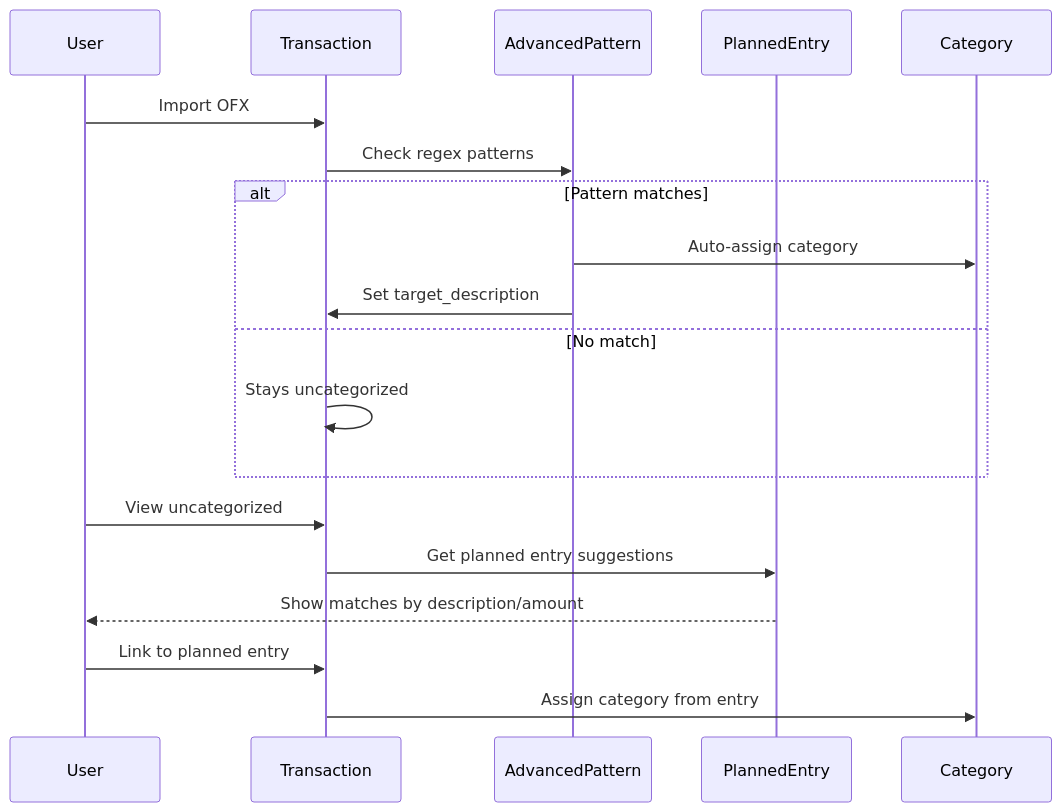
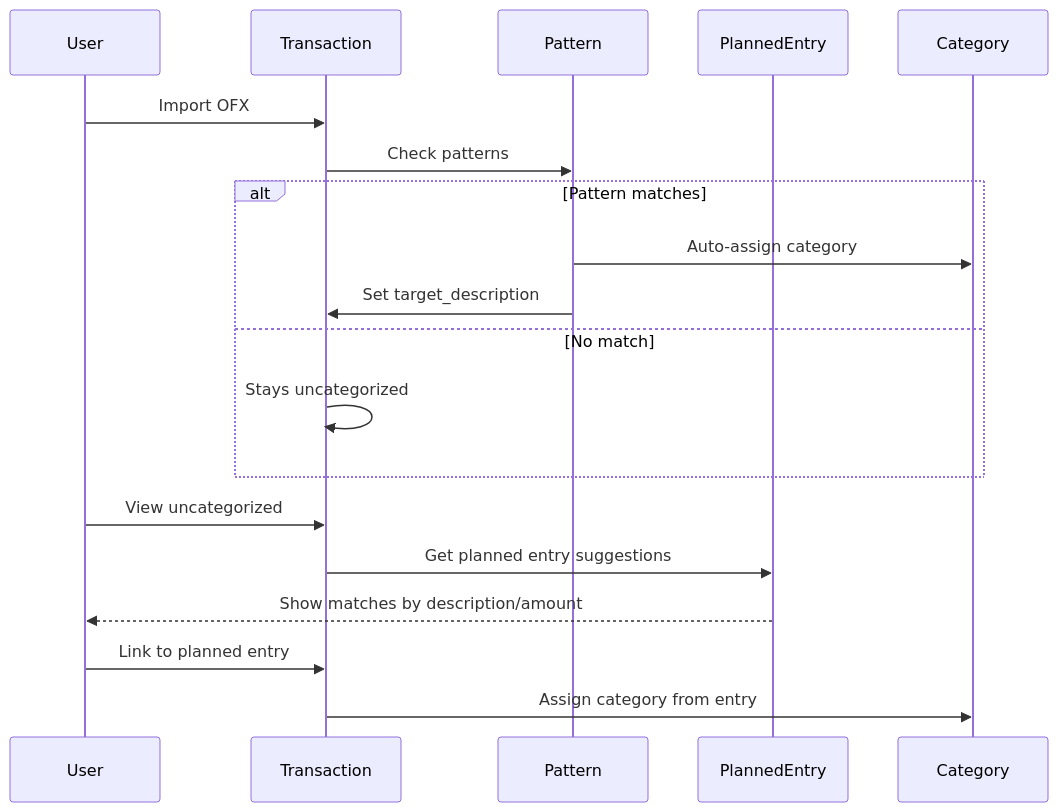
The second of 3 diagrams in docs/domains.md (lucastamoios/celeiro), drawn with Mermaid before and after one commit. The commit also changed other lines of this file and 7 other files, not shown here.

````diff
--- a/docs/domains.md
+++ b/docs/domains.md
@@ -192,23 +192,23 @@
 ```mermaid
 sequenceDiagram
     participant U as User
     participant TX as Transaction
-    participant AP as AdvancedPattern
+    participant AP as Pattern
     participant PE as PlannedEntry
     participant CAT as Category
 
     U->>TX: Import OFX
-    TX->>AP: Check regex patterns
+    TX->>AP: Check patterns
     alt Pattern matches
         AP->>CAT: Auto-assign category
         AP->>TX: Set target_description
     else No match
         TX->>TX: Stays uncategorized
     end
 
     U->>TX: View uncategorized
     TX->>PE: Get planned entry suggestions
     PE-->>U: Show matches by description/amount
     U->>TX: Link to planned entry
     TX->>CAT: Assign category from entry
 ```
````
